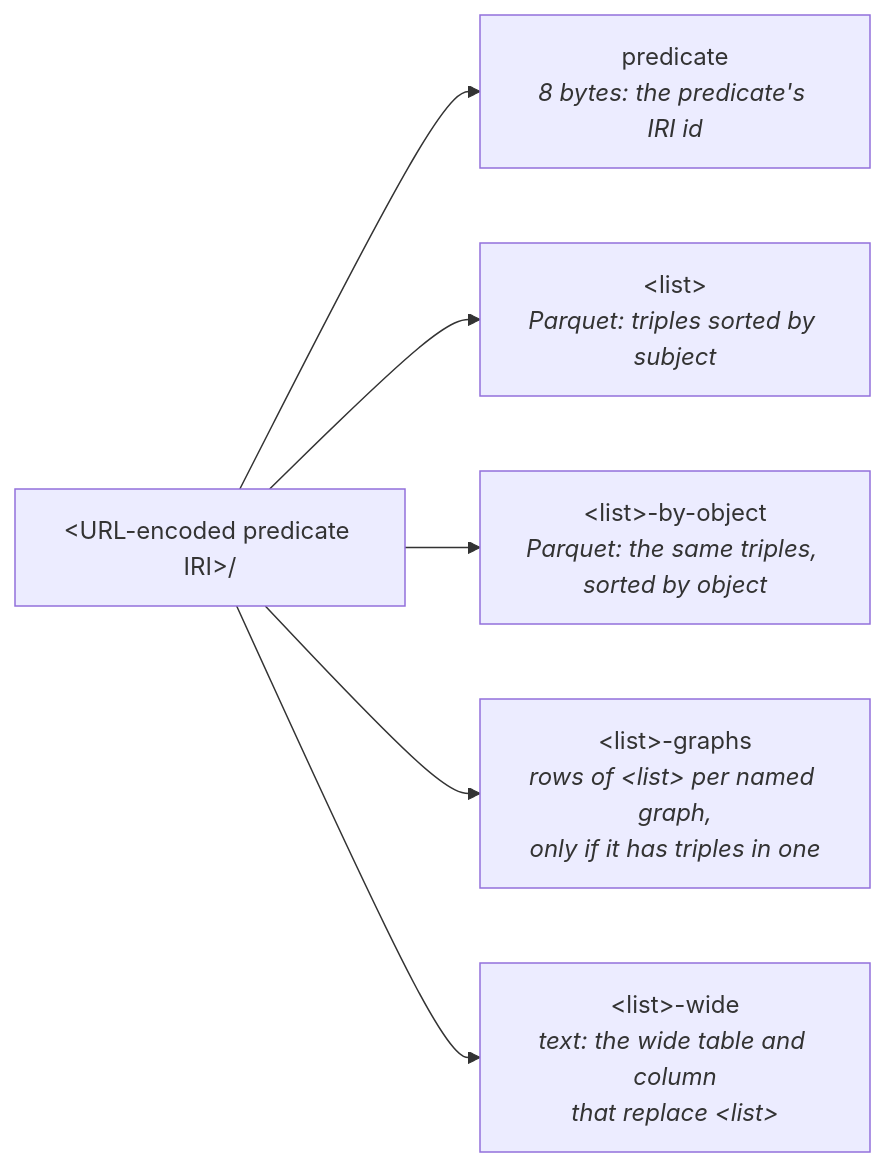
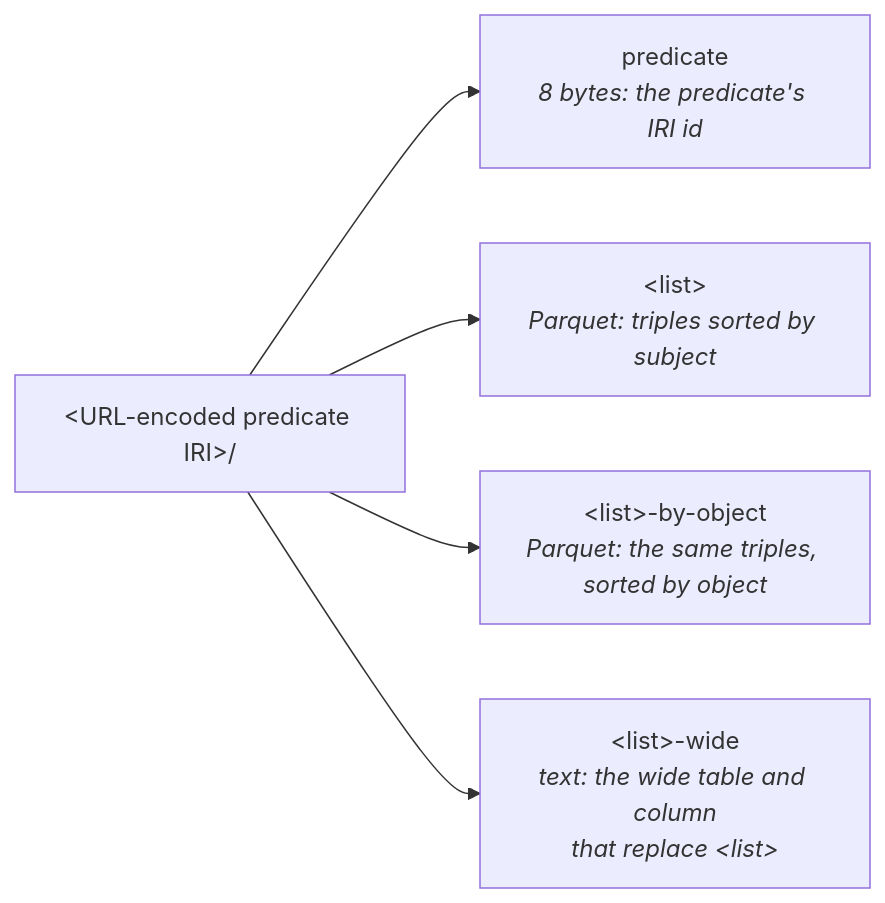
One commit to JervenBolleman/sparql-readonly changed the second of 5 diagrams in docs/storage.md. Above: the diagram before and after it, drawn with Mermaid. The commit also changed other lines of this file and 24 other files, not shown here.

First line of the commit message:
Store named graphs as boolean columns and return statements in them

````diff
--- a/docs/storage.md
+++ b/docs/storage.md
@@ -39,9 +39,8 @@
 ```mermaid
 flowchart LR
     pred["#lt;URL-encoded predicate IRI#gt;/"]
     pred --> predfile["predicate<br/><i>8 bytes: the predicate's IRI id</i>"]
     pred --> list["#lt;list#gt;<br/><i>Parquet: triples sorted by subject</i>"]
     pred --> byobj["#lt;list#gt;-by-object<br/><i>Parquet: the same triples, sorted by object</i>"]
-    pred --> graphs["#lt;list#gt;-graphs<br/><i>rows of #lt;list#gt; per named graph,<br/>only if it has triples in one</i>"]
     pred --> widefile["#lt;list#gt;-wide<br/><i>text: the wide table and column<br/>that replace #lt;list#gt;</i>"]
 ```
````
